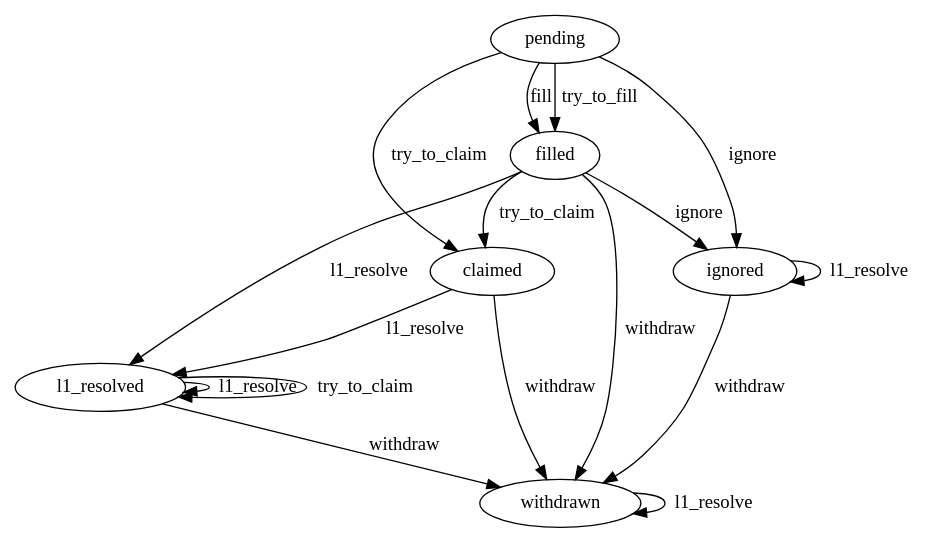
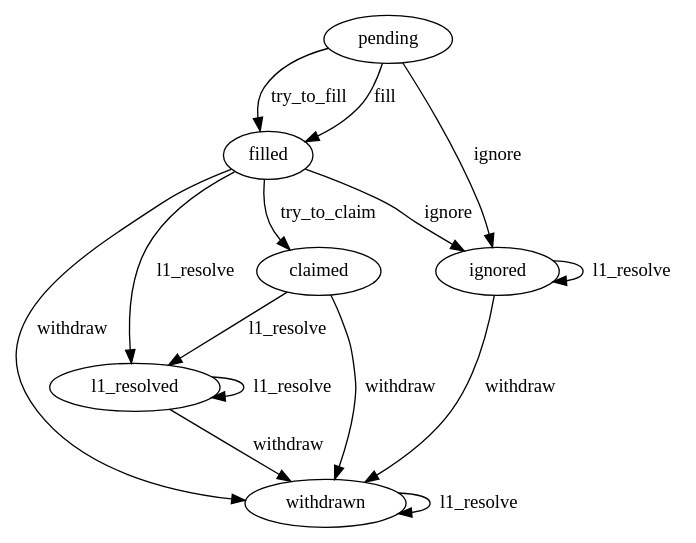
Before and after one commit to beamer-bridge/beamer: the diagram in docs/source/request_state_machine.dot, drawn with Graphviz.

Commit message:
docs: update request_state_machine.dot removing try_to_claim transitions

```diff
--- a/docs/source/request_state_machine.dot
+++ b/docs/source/request_state_machine.dot
@@ -1,26 +1,24 @@
 digraph request_state_machine {
     node [] pending, filled, claimed, l1_resolved, withdrawn, ignored;
 
     pending -> filled [label = fill];
     pending -> filled [label = try_to_fill];
     pending -> ignored [label = ignore];
-    pending -> claimed [label = try_to_claim];
 
     filled -> claimed [label = try_to_claim];
 
     claimed -> withdrawn [label = withdraw];
     claimed -> l1_resolved [label = l1_resolve];
 
     l1_resolved -> withdrawn [label = withdraw];
     l1_resolved -> l1_resolved [label = l1_resolve];
-    l1_resolved -> l1_resolved [label = try_to_claim];
 
     filled -> withdrawn [label = withdraw];
     filled -> ignored [label = ignore];
     filled -> l1_resolved [label = l1_resolve];
 
     ignored -> withdrawn [label = withdraw];
 
     ignored -> ignored [label = l1_resolve];
     withdrawn -> withdrawn [label = l1_resolve];
 }
```
